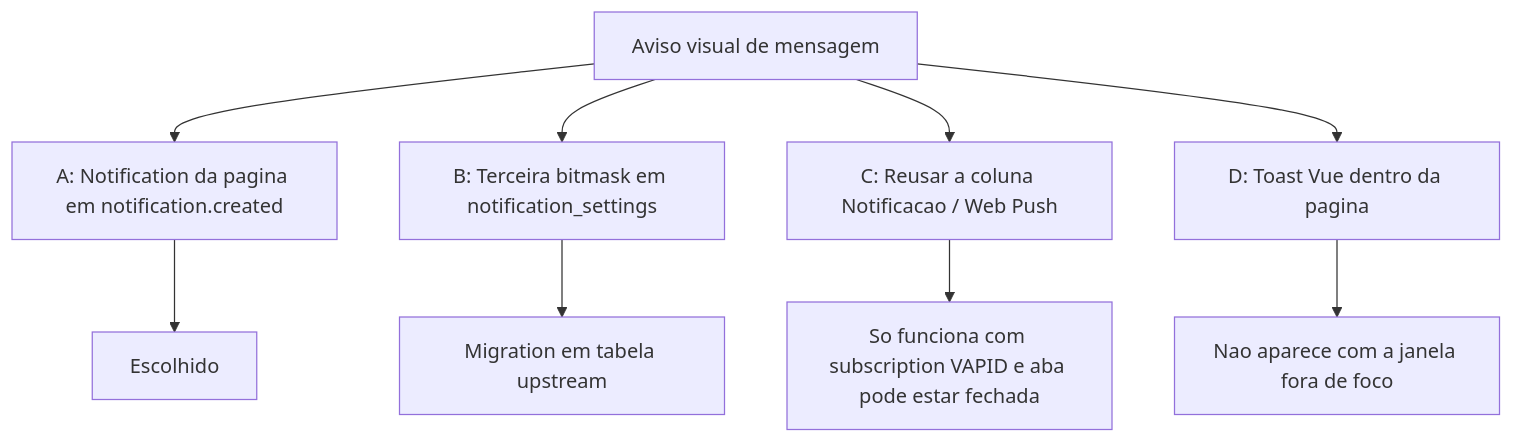
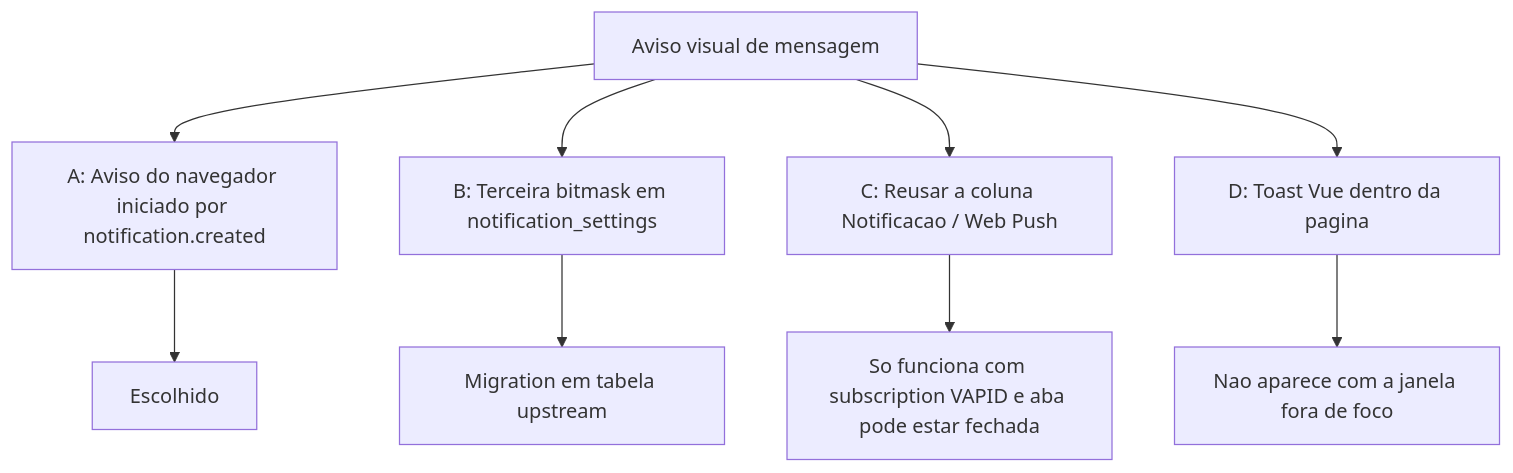
One commit to cesar-carlos/chatwoot changed the diagram in doc/feature/popup-notifications/implementation-decision-tree.md. Above: the diagram before and after it, drawn with Mermaid. The commit also changed other lines of this file and 16 other files, not shown here.

````diff
--- a/doc/feature/popup-notifications/implementation-decision-tree.md
+++ b/doc/feature/popup-notifications/implementation-decision-tree.md
@@ -13,18 +13,18 @@
 ```mermaid
 flowchart TD
   Q[Aviso visual de mensagem]
-  A["A: Notification da pagina em notification.created"]
+  A["A: Aviso do navegador iniciado por notification.created"]
   B["B: Terceira bitmask em notification_settings"]
   C["C: Reusar a coluna Notificacao / Web Push"]
   D["D: Toast Vue dentro da pagina"]
 
   Q --> A
   Q --> B
   Q --> C
   Q --> D
 
   A --> R[Escolhido]
   B --> W[Migration em tabela upstream]
   C --> X[So funciona com subscription VAPID e aba pode estar fechada]
   D --> Y[Nao aparece com a janela fora de foco]
 ```
````
